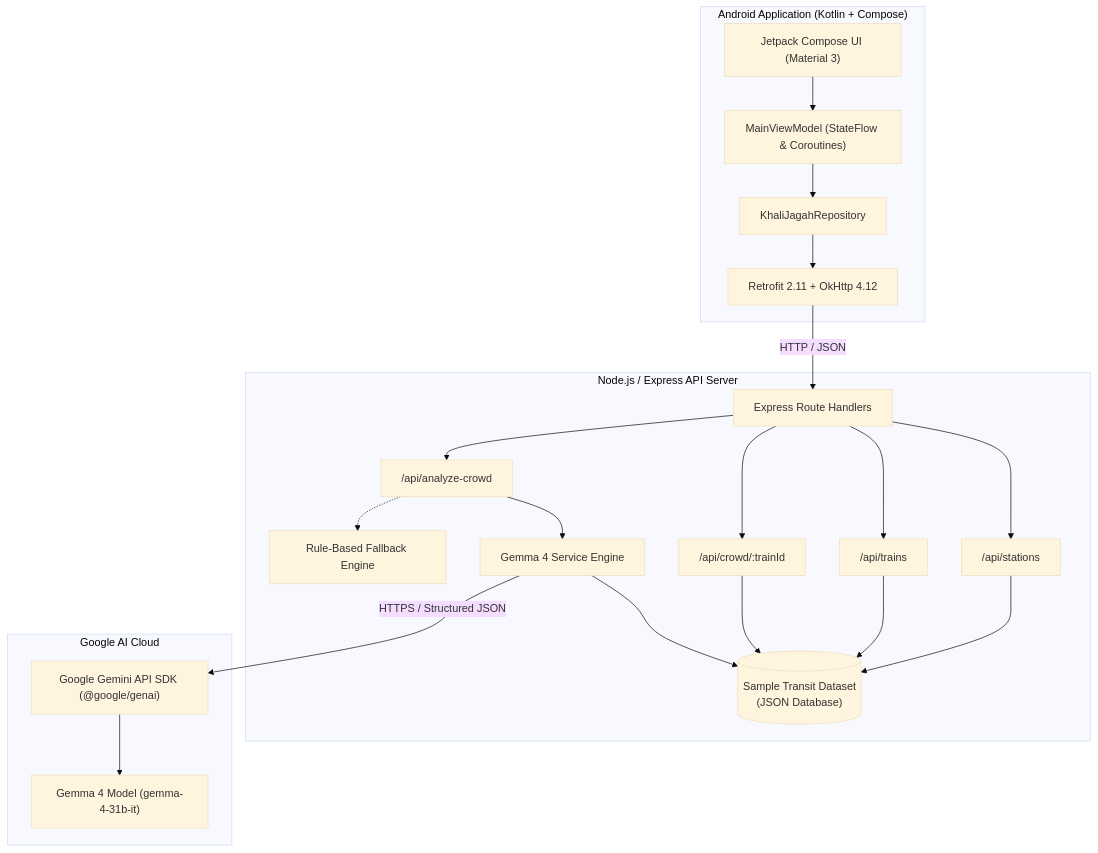
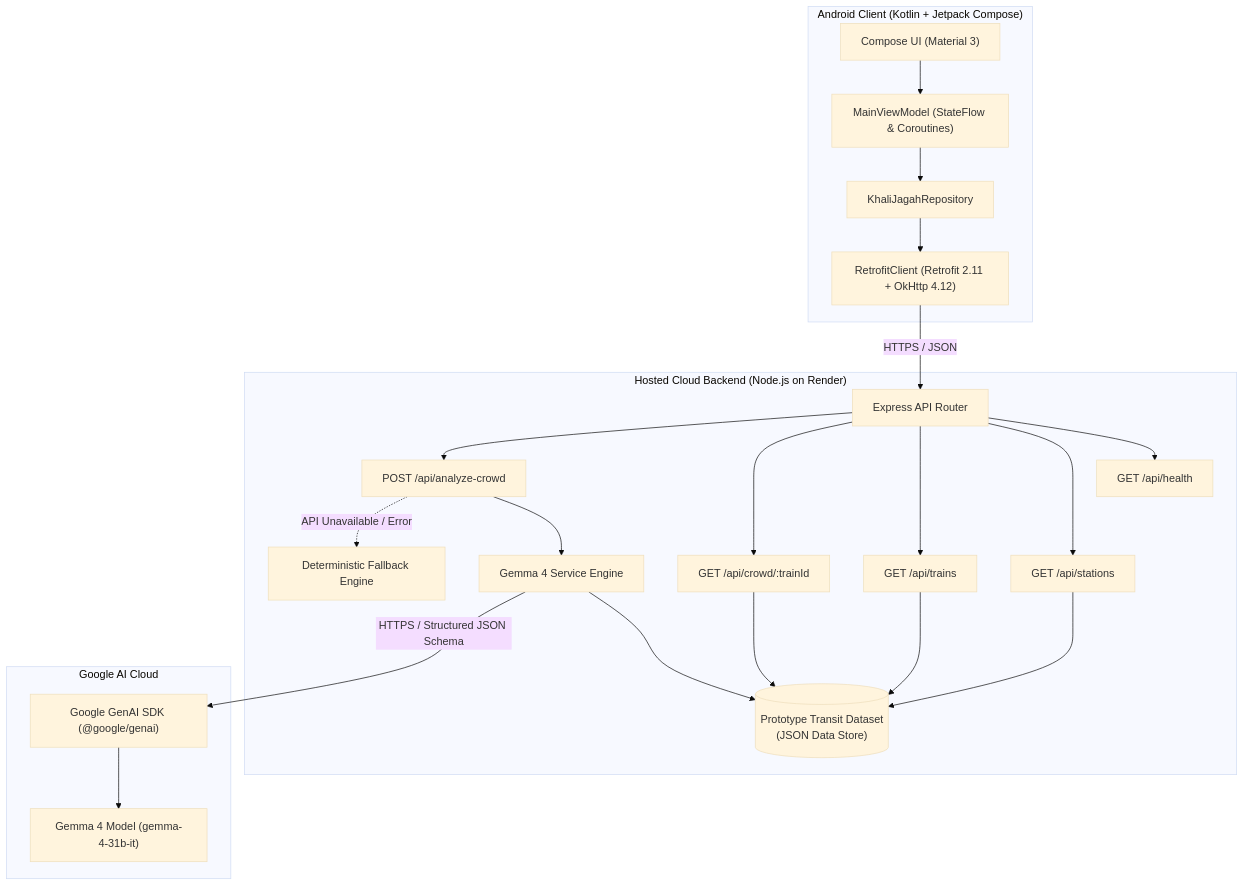
The diagram in README.md (atharvakanekar22-dev/Khali-Jagah), drawn with Mermaid (base theme) before and after one commit. The commit also changed other lines of this file, not shown here.

````diff
--- a/README.md
+++ b/README.md
@@ -71,45 +101,47 @@
 ```mermaid
 flowchart TD
-    subgraph Client["Android Application (Kotlin + Compose)"]
-        UI["Jetpack Compose UI (Material 3)"]
+    subgraph Client["Android Client (Kotlin + Jetpack Compose)"]
+        UI["Compose UI (Material 3)"]
         VM["MainViewModel (StateFlow & Coroutines)"]
         Repo["KhaliJagahRepository"]
-        RetrofitClient["Retrofit 2.11 + OkHttp 4.12"]
+        Net["RetrofitClient (Retrofit 2.11 + OkHttp 4.12)"]
         UI --> VM
         VM --> Repo
-        Repo --> RetrofitClient
+        Repo --> Net
     end
 
-    subgraph Backend["Node.js / Express API Server"]
-        Router["Express Route Handlers"]
-        StationsRoute["/api/stations"]
-        TrainsRoute["/api/trains"]
-        CrowdRoute["/api/crowd/:trainId"]
-        AnalyzeRoute["/api/analyze-crowd"]
+    subgraph Backend["Hosted Cloud Backend (Node.js on Render)"]
+        Router["Express API Router"]
+        HealthRoute["GET /api/health"]
+        StationsRoute["GET /api/stations"]
+        TrainsRoute["GET /api/trains"]
+        CrowdRoute["GET /api/crowd/:trainId"]
+        AnalyzeRoute["POST /api/analyze-crowd"]
         
-        DataLayer[("Sample Transit Dataset<br/>(JSON Database)")]
+        DataLayer[("Prototype Transit Dataset<br/>(JSON Data Store)")]
         GemmaService["Gemma 4 Service Engine"]
-        FallbackUtil["Rule-Based Fallback Engine"]
+        FallbackUtil["Deterministic Fallback Engine"]
         
+        Router --> HealthRoute
         Router --> StationsRoute
         Router --> TrainsRoute
         Router --> CrowdRoute
         Router --> AnalyzeRoute
         
         StationsRoute --> DataLayer
         TrainsRoute --> DataLayer
         CrowdRoute --> DataLayer
         AnalyzeRoute --> GemmaService
-        AnalyzeRoute -.-> FallbackUtil
+        AnalyzeRoute -.->|API Unavailable / Error| FallbackUtil
         GemmaService --> DataLayer
     end
 
-    subgraph AI["Google AI Cloud"]
-        GeminiAPI["Google Gemini API SDK (@google/genai)"]
-        Gemma4Model["Gemma 4 Model (gemma-4-31b-it)"]
-        GeminiAPI --> Gemma4Model
+    subgraph AICloud["Google AI Cloud"]
+        GeminiSDK["Google GenAI SDK (@google/genai)"]
+        GemmaModel["Gemma 4 Model (gemma-4-31b-it)"]
+        GeminiSDK --> GemmaModel
     end
 
-    RetrofitClient -->|HTTP / JSON| Router
-    GemmaService -->|HTTPS / Structured JSON| GeminiAPI
+    Net -->|HTTPS / JSON| Router
+    GemmaService -->|HTTPS / Structured JSON Schema| GeminiSDK
 ```
````
